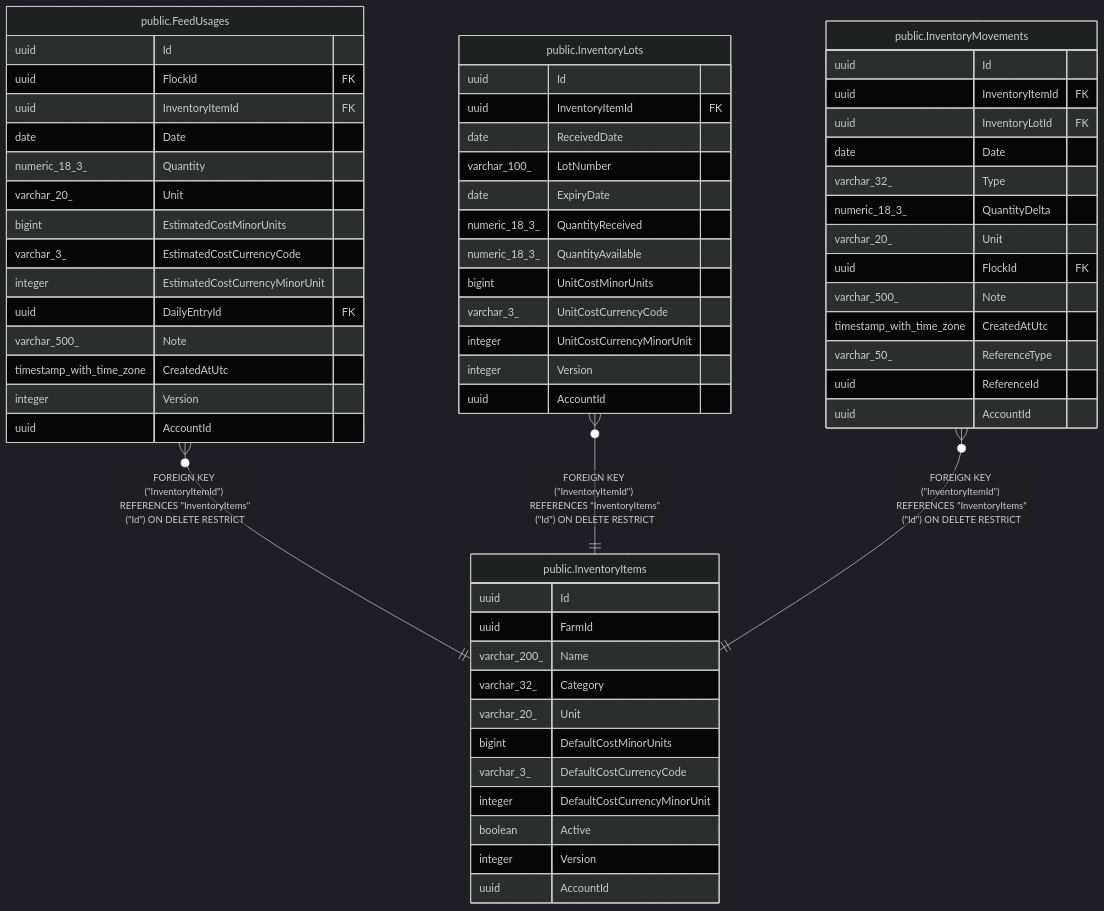
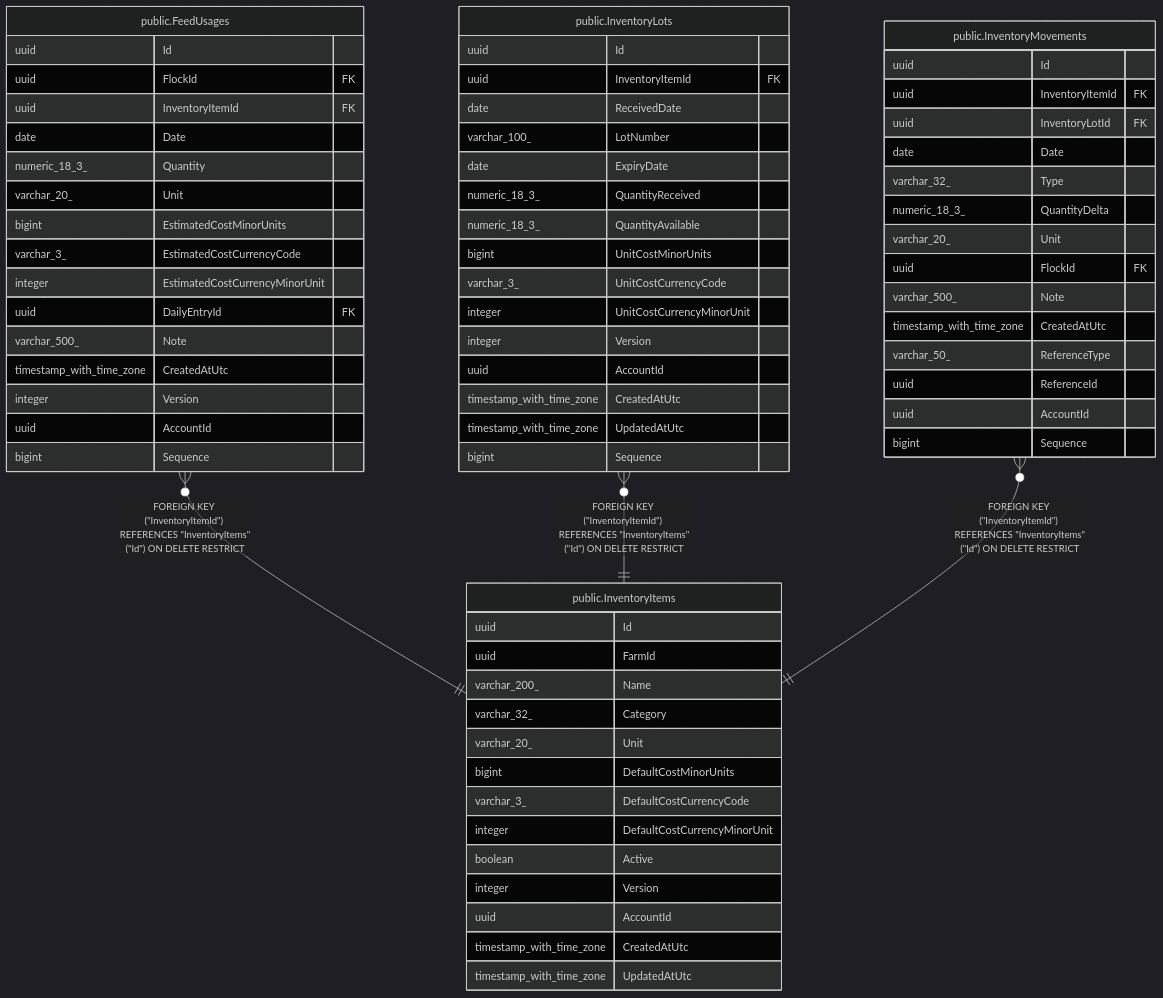
One commit to mforce/cluckwork changed the diagram in docs/schema/public.InventoryItems.md. Above: the diagram before and after it, drawn with Mermaid (dark theme). The commit also changed other lines of this file and 105 other files, not shown here.

````diff
--- a/docs/schema/public.InventoryItems.md
+++ b/docs/schema/public.InventoryItems.md
@@ -49,66 +59,73 @@
 ```mermaid
 erDiagram
 
 "public.FeedUsages" }o--|| "public.InventoryItems" : "FOREIGN KEY (#quot;InventoryItemId#quot;) REFERENCES #quot;InventoryItems#quot;(#quot;Id#quot;) ON DELETE RESTRICT"
 "public.InventoryLots" }o--|| "public.InventoryItems" : "FOREIGN KEY (#quot;InventoryItemId#quot;) REFERENCES #quot;InventoryItems#quot;(#quot;Id#quot;) ON DELETE RESTRICT"
 "public.InventoryMovements" }o--|| "public.InventoryItems" : "FOREIGN KEY (#quot;InventoryItemId#quot;) REFERENCES #quot;InventoryItems#quot;(#quot;Id#quot;) ON DELETE RESTRICT"
 
 "public.InventoryItems" {
   uuid Id
   uuid FarmId
   varchar_200_ Name
   varchar_32_ Category
   varchar_20_ Unit
   bigint DefaultCostMinorUnits
   varchar_3_ DefaultCostCurrencyCode
   integer DefaultCostCurrencyMinorUnit
   boolean Active
   integer Version
   uuid AccountId
+  timestamp_with_time_zone CreatedAtUtc
+  timestamp_with_time_zone UpdatedAtUtc
 }
 "public.FeedUsages" {
   uuid Id
   uuid FlockId FK
   uuid InventoryItemId FK
   date Date
   numeric_18_3_ Quantity
   varchar_20_ Unit
   bigint EstimatedCostMinorUnits
   varchar_3_ EstimatedCostCurrencyCode
   integer EstimatedCostCurrencyMinorUnit
   uuid DailyEntryId FK
   varchar_500_ Note
   timestamp_with_time_zone CreatedAtUtc
   integer Version
   uuid AccountId
+  bigint Sequence
 }
 "public.InventoryLots" {
   uuid Id
   uuid InventoryItemId FK
   date ReceivedDate
   varchar_100_ LotNumber
   date ExpiryDate
   numeric_18_3_ QuantityReceived
   numeric_18_3_ QuantityAvailable
   bigint UnitCostMinorUnits
   varchar_3_ UnitCostCurrencyCode
   integer UnitCostCurrencyMinorUnit
   integer Version
   uuid AccountId
+  timestamp_with_time_zone CreatedAtUtc
+  timestamp_with_time_zone UpdatedAtUtc
+  bigint Sequence
 }
 "public.InventoryMovements" {
   uuid Id
   uuid InventoryItemId FK
   uuid InventoryLotId FK
   date Date
   varchar_32_ Type
   numeric_18_3_ QuantityDelta
   varchar_20_ Unit
   uuid FlockId FK
   varchar_500_ Note
   timestamp_with_time_zone CreatedAtUtc
   varchar_50_ ReferenceType
   uuid ReferenceId
   uuid AccountId
+  bigint Sequence
 }
 ```
````
